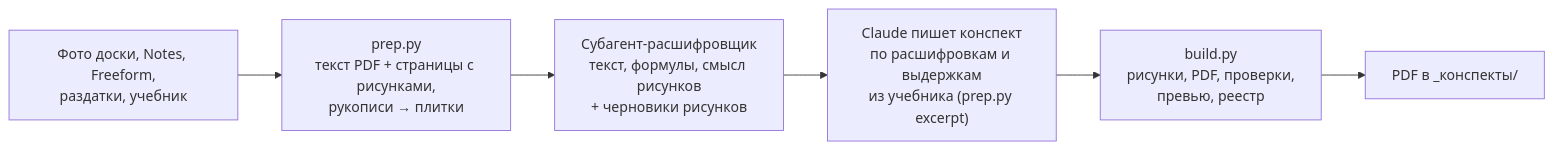
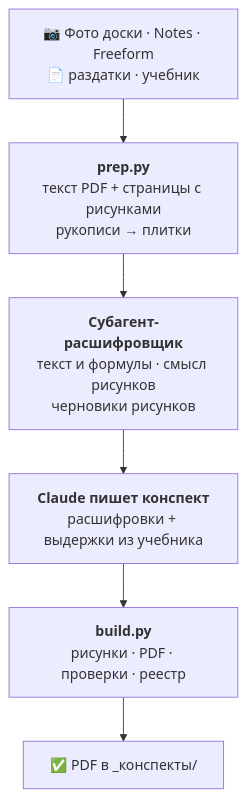
The diagram in README.md (Yarosl4v-Grigoriev/claude-study-kit), drawn with Mermaid before and after one commit.

Commit message:
README: вертикальная схема

````diff
--- a/README.md
+++ b/README.md
@@ -43,8 +43,8 @@
 ```mermaid
-flowchart LR
-    A["Фото доски, Notes, Freeform,<br/>раздатки, учебник"] --> B["prep.py<br/>текст PDF + страницы с рисунками,<br/>рукописи → плитки"]
-    B --> C["Субагент-расшифровщик<br/>текст, формулы, смысл рисунков<br/>+ черновики рисунков"]
-    C --> D["Claude пишет конспект<br/>по расшифровкам и выдержкам<br/>из учебника (prep.py excerpt)"]
-    D --> E["build.py<br/>рисунки, PDF, проверки,<br/>превью, реестр"]
-    E --> F["PDF в _конспекты/"]
+flowchart TD
+    A["📷 Фото доски · Notes · Freeform<br/>📄 раздатки · учебник"] --> B["<b>prep.py</b><br/>текст PDF + страницы с рисунками<br/>рукописи → плитки"]
+    B --> C["<b>Субагент-расшифровщик</b><br/>текст и формулы · смысл рисунков<br/>черновики рисунков"]
+    C --> D["<b>Claude пишет конспект</b><br/>расшифровки + выдержки из учебника"]
+    D --> E["<b>build.py</b><br/>рисунки · PDF · проверки · реестр"]
+    E --> F["✅ PDF в _конспекты/"]
 ```
````
